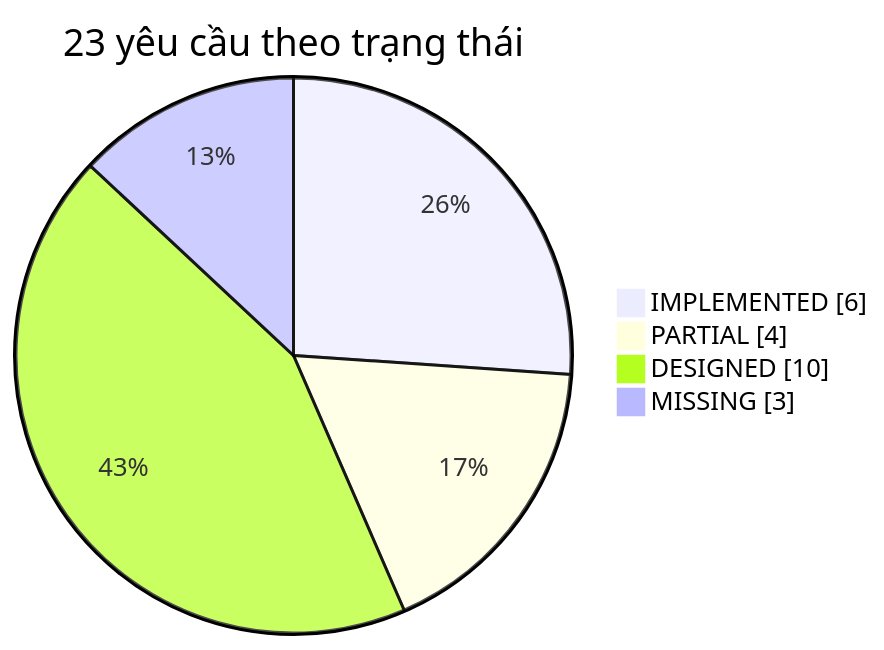
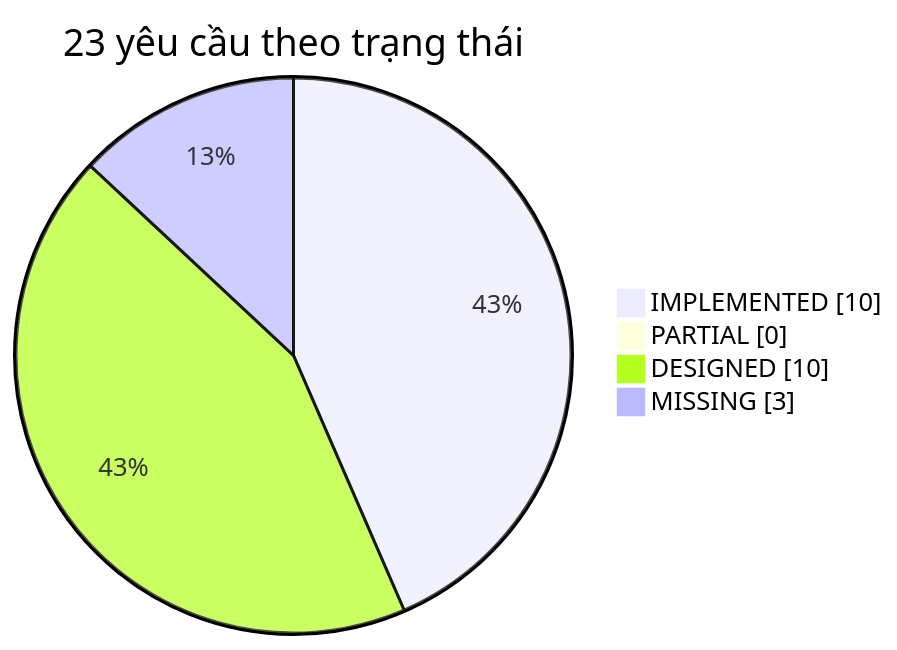
One commit to nguyenquangtiep/smart-home-future changed the second of 2 diagrams in docs/TRACEABILITY.md. Above: the diagram before and after it, drawn with Mermaid. The commit also changed other lines of this file and 16 other files, not shown here.

````diff
--- a/docs/TRACEABILITY.md
+++ b/docs/TRACEABILITY.md
@@ -57,7 +57,7 @@
 ```mermaid
 pie showData title 23 yêu cầu theo trạng thái
-    "IMPLEMENTED" : 6
-    "PARTIAL" : 4
+    "IMPLEMENTED" : 10
+    "PARTIAL" : 0
     "DESIGNED" : 10
     "MISSING" : 3
 ```
````
